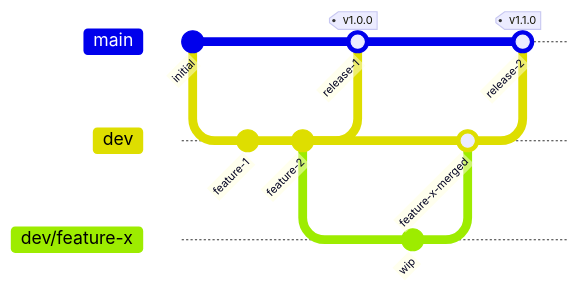
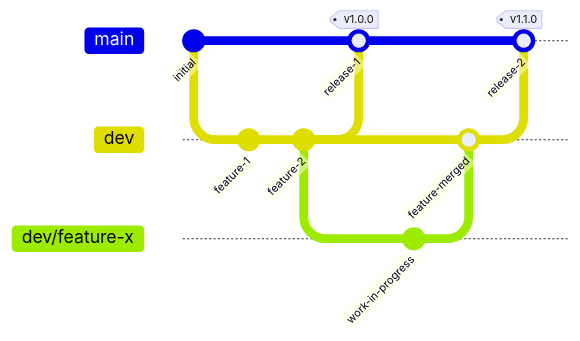
The eighth of 8 diagrams in docs/CI_CD_PIPELINE.md (WSO2-G02/salon-booking-frontend-dev), drawn with Mermaid before and after one commit. The commit also changed other lines of this file and 2 other files, not shown here.

````diff
--- a/docs/CI_CD_PIPELINE.md
+++ b/docs/CI_CD_PIPELINE.md
@@ -280,16 +284,16 @@
 ```mermaid
 gitGraph
     commit id: "initial"
     branch dev
     commit id: "feature-1"
     commit id: "feature-2"
     checkout main
     merge dev id: "release-1" tag: "v1.0.0"
     checkout dev
     branch dev/feature-x
-    commit id: "wip"
+    commit id: "work-in-progress"
     checkout dev
-    merge dev/feature-x id: "feature-x-merged"
+    merge dev/feature-x id: "feature-merged"
     checkout main
     merge dev id: "release-2" tag: "v1.1.0"
 ```
````
